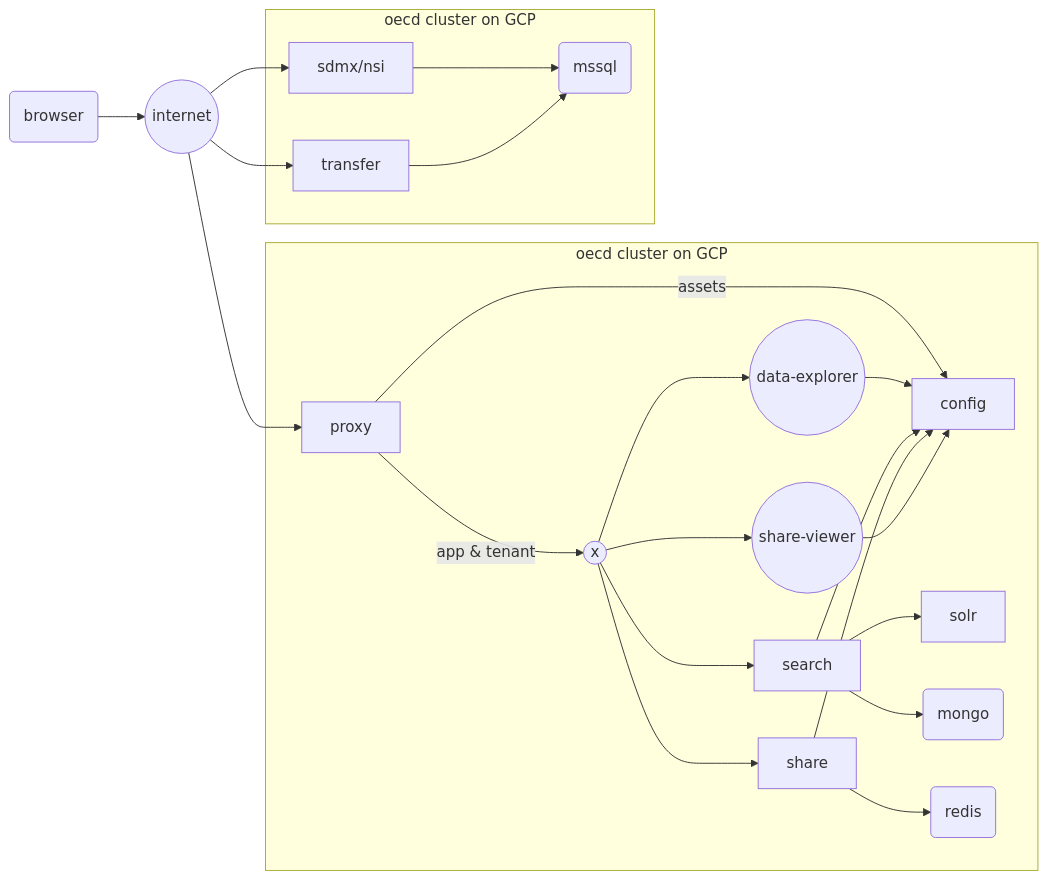
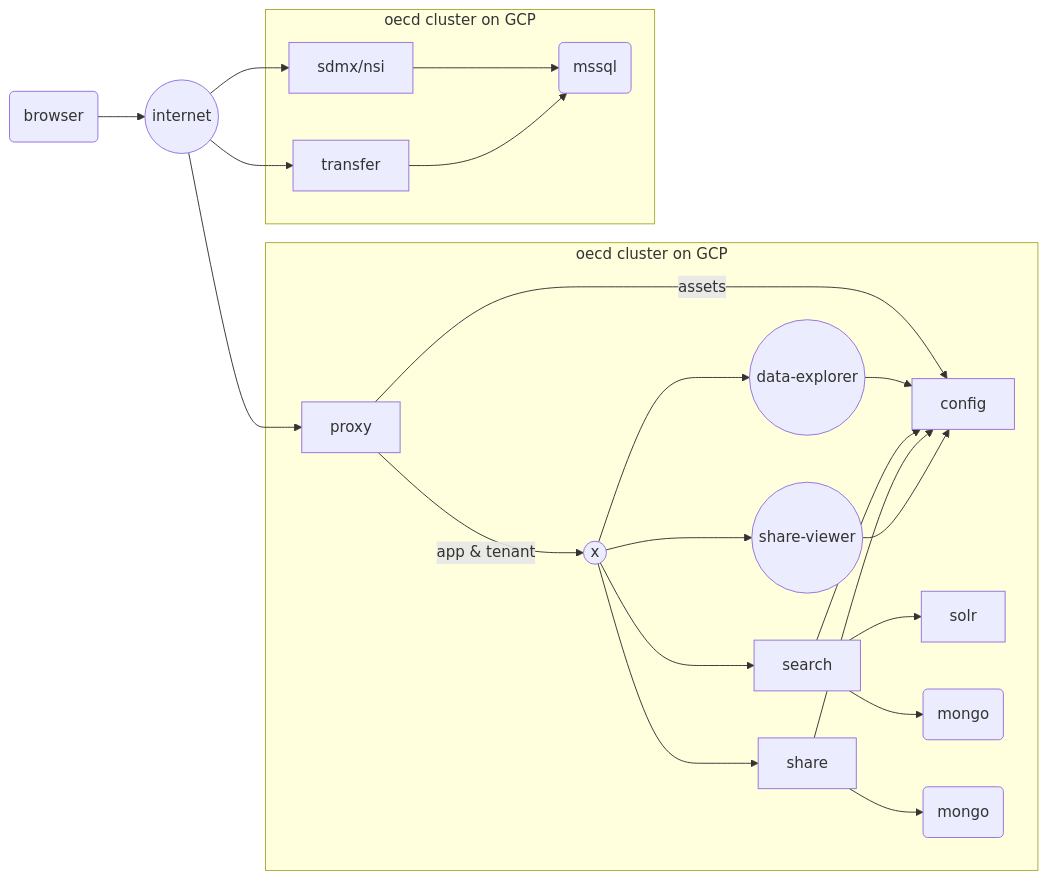
One commit to mmiranda222/.statsuite changed the fourth of 5 diagrams in content/getting started/framework.md. Above: the diagram before and after it, drawn with Mermaid. The commit also changed other lines of this file and 2 other files, not shown here.

```diff
--- a/content/getting started/framework.md
+++ b/content/getting started/framework.md
@@ -440,42 +433,42 @@
 {{< mermaid align="left" >}}
 graph LR
 id1(browser)
 id2((internet))
 id3[proxy]
 id4((data-explorer))
 id12((share-viewer))
 id5[search]
 id6[share]
 id7[config]
 id8[solr]
 id9(mongo)
-id10(redis)
+id10(mongo)
 id11((x))
 id13[sdmx/nsi]
 id14[transfer]
 id15(mssql)
 
 id1 --> id2
 id2 --> id3
 subgraph oecd cluster on GCP
 id3 -->|app & tenant| id11
 id3 -->|assets| id7
 id11 --> id4
 id11 --> id5
 id11 --> id6
 id11 --> id12
 id4 --> id7
 id5 --> id7
 id5 --> id8
 id5 --> id9
 id6 --> id7
 id6 --> id10
 id12 --> id7
 end
 id2 --> id13
 id2 --> id14
 subgraph oecd cluster on GCP
 id13 --> id15
 id14 --> id15
 end
 {{< /mermaid >}}
```
